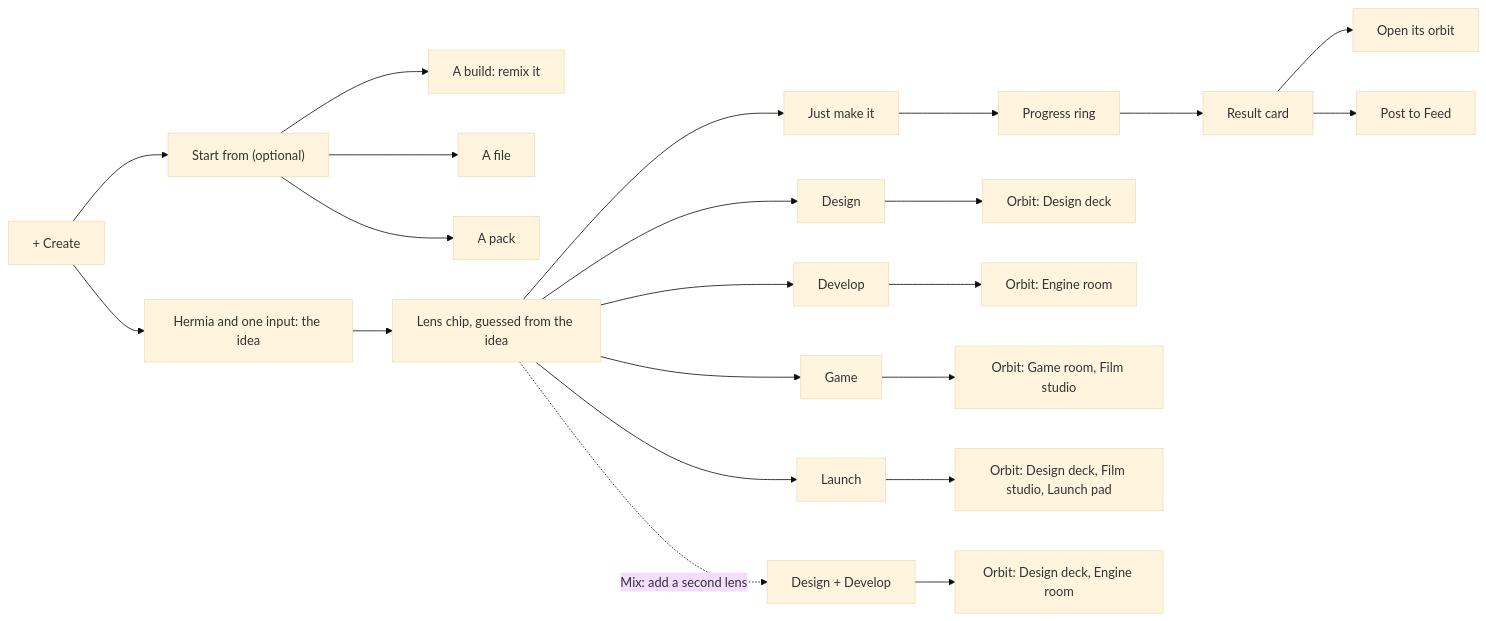
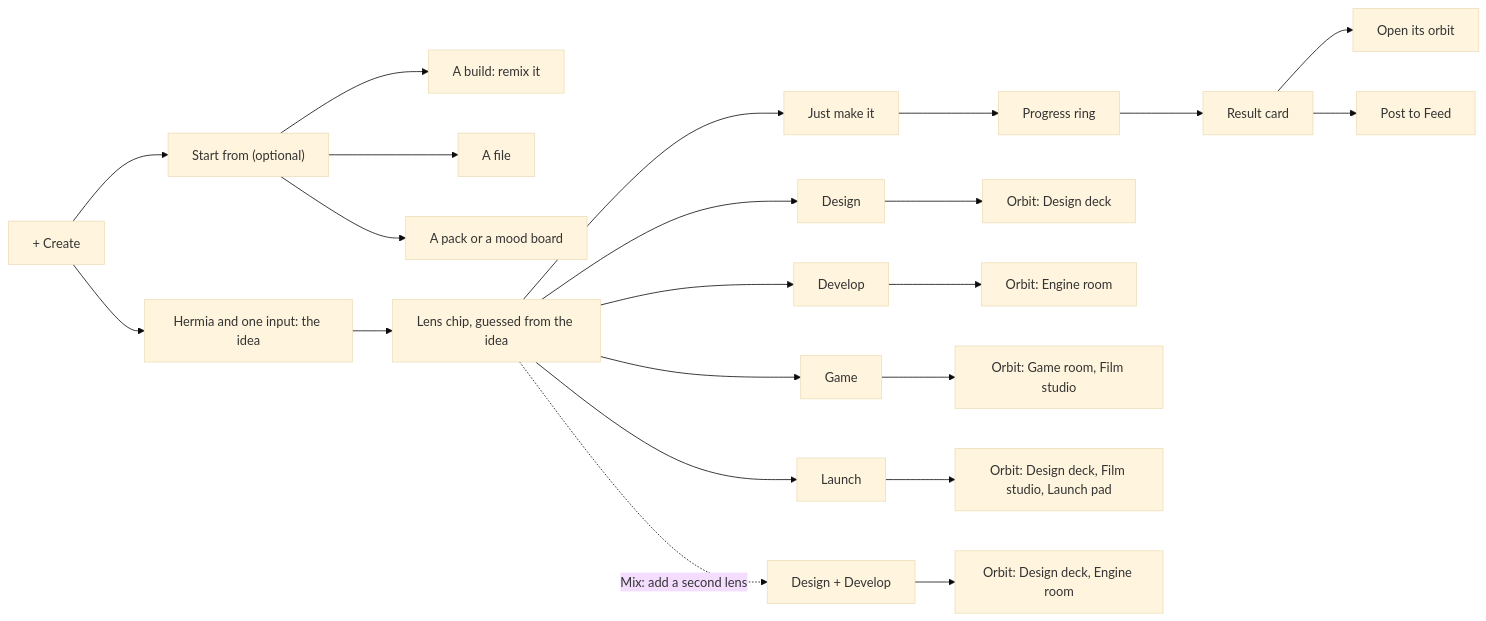
One commit to Pukujan/swarm-studio changed the fifth of 24 diagrams in docs/ux/SITEMAP.md. Above: the diagram before and after it, drawn with Mermaid (base theme). The commit also changed other lines of this file and 5 other files, not shown here.

````diff
--- a/docs/ux/SITEMAP.md
+++ b/docs/ux/SITEMAP.md
@@ -118,24 +141,24 @@
 ```mermaid
 flowchart LR
   CR["+ Create"] --> IDEA["Hermia and one input: the idea"]
   CR --> SRC["Start from (optional)"]
   SRC --> S1["A build: remix it"]
   SRC --> S2[A file]
-  SRC --> S3[A pack]
+  SRC --> S3["A pack or a mood board"]
   IDEA --> LENS["Lens chip, guessed from the idea"]
   LENS --> L0[Just make it]
   LENS --> L1[Design]
   LENS --> L2[Develop]
   LENS --> L3[Game]
   LENS --> L4[Launch]
   LENS -.->|Mix: add a second lens| L5[Design + Develop]
   L0 --> PR[Progress ring]
   PR --> RC[Result card]
   RC --> RC1[Open its orbit]
   RC --> RC2[Post to Feed]
   L1 --> O1["Orbit: Design deck"]
   L2 --> O2["Orbit: Engine room"]
   L3 --> O3["Orbit: Game room, Film studio"]
   L4 --> O4["Orbit: Design deck, Film studio, Launch pad"]
   L5 --> O5["Orbit: Design deck, Engine room"]
 ```
````
